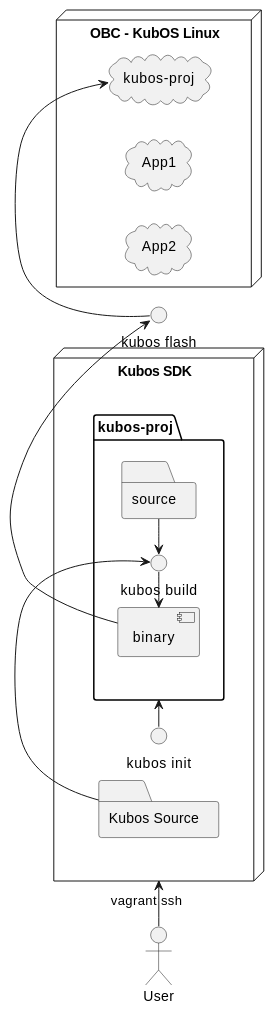
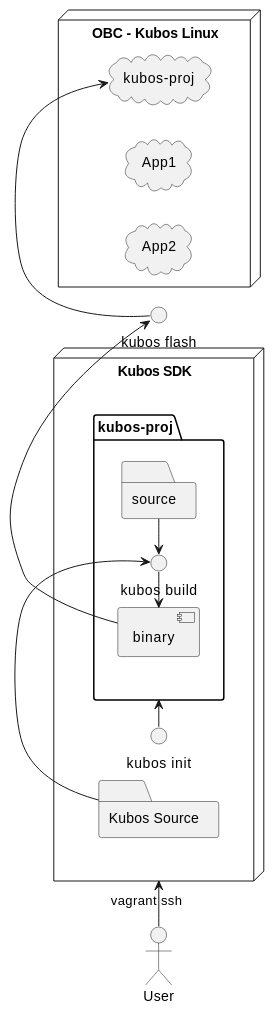
One commit to kubos/kubos changed the diagram in docs/sdk-docs/index.rst. Above: the diagram before and after it, drawn with PlantUML. The commit also changed 65 other files, not shown here.

Commit message:
KubOS Linux -> Kubos Linux

```diff
--- a/docs/sdk-docs/index.rst
+++ b/docs/sdk-docs/index.rst
@@ -14,36 +14,36 @@
 .. uml::
 
     @startuml
     left to right direction
     
     actor User
     
     node "Kubos SDK" as sdk{
         () "kubos init" as init
         folder "kubos-proj" as proj {
             folder source {
             }
             () "kubos build" as build
             [binary]
         }   
         folder "Kubos Source" as k_source {
         }
     }
     
     () "kubos flash" as flash
     
-    node "OBC - KubOS Linux" {
+    node "OBC - Kubos Linux" {
         cloud "kubos-proj" as application
         cloud "App1"
         cloud "App2"
     } 
     
     User -> sdk : vagrant ssh
     init -> proj
     k_source -> build
     build <- source
     [binary] <- build
     [binary] -> flash
     flash -> application
     
     @enduml
```
